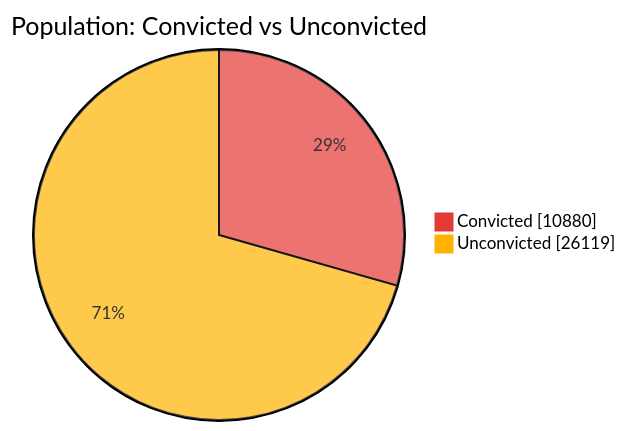
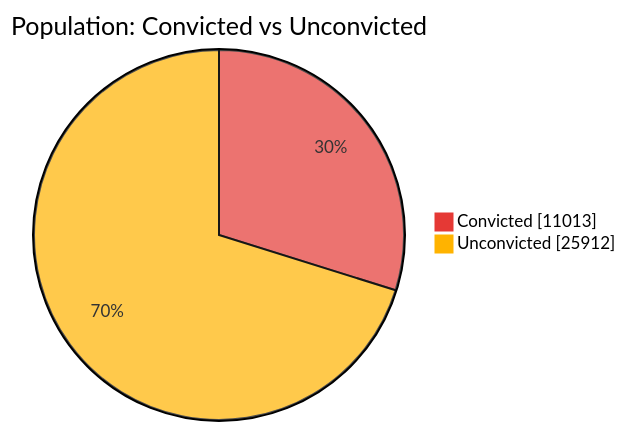
Before and after one commit to nuuuwan/lk_prisons: the first of 7 diagrams in README.md, drawn with Mermaid. The commit also changed other lines of this file and 1 other file, not shown here.

````diff
--- a/README.md
+++ b/README.md
@@ -43,6 +43,6 @@
 ```mermaid
 %%{init: {'themeVariables': {'pie1': '#E53935', 'pie2': '#FFB300'}}}%%
 pie showData title Population: Convicted vs Unconvicted
-    "Convicted" : 10880
-    "Unconvicted" : 26119
+    "Convicted" : 11013
+    "Unconvicted" : 25912
 ```
````
